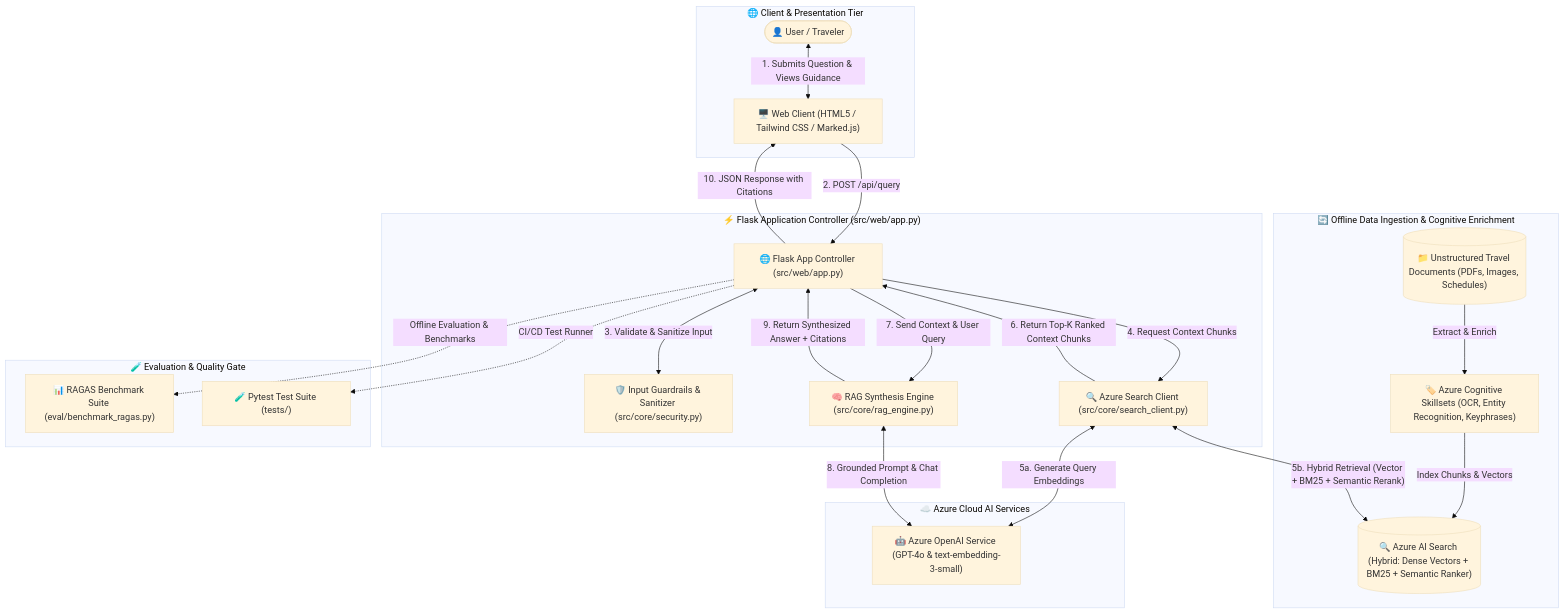
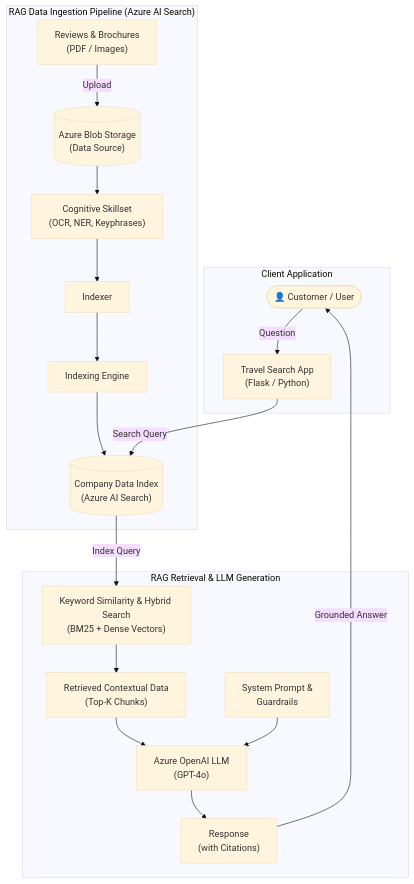
The diagram in README.md (valluri-anand/enterprise-travel-rag-assistant), drawn with Mermaid (base theme) before and after one commit.

Commit message:
docs: map architecture diagram 1:1 with slide architecture and RAG flow

````diff
--- a/README.md
+++ b/README.md
@@ -24,54 +24,44 @@
 ```mermaid
 flowchart TD
-    %% Offline Ingestion
-    subgraph Ingestion["🔄 Offline Data Ingestion & Cognitive Enrichment"]
-        Docs[("📁 Unstructured Travel Documents (PDFs, Images, Schedules)")]
-        Skillset["🏷️ Azure Cognitive Skillsets (OCR, Entity Recognition, Keyphrases)"]
-        Index[("🔍 Azure AI Search (Hybrid: Dense Vectors + BM25 + Semantic Ranker)")]
-
-        Docs -->|"Extract & Enrich"| Skillset
-        Skillset -->|"Index Chunks & Vectors"| Index
+    %% Left: Customer / User & Search App
+    subgraph ClientSection["Client Application"]
+        Customer(["👤 Customer / User"])
+        WebApp["Travel Search App\n(Flask / Python)"]
     end
 
-    %% Client & User
-    subgraph Client["🌐 Client & Presentation Tier"]
-        User(["👤 User / Traveler"])
-        UI["🖥️ Web Client (HTML5 / Tailwind CSS / Marked.js)"]
-        User <-->|"1. Submits Question & Views Guidance"| UI
+    %% Right: RAG Data Ingestion Pipeline
+    subgraph IngestionPipeline["RAG Data Ingestion Pipeline (Azure AI Search)"]
+        RawDocs["Reviews & Brochures\n(PDF / Images)"]
+        BlobStore[("Azure Blob Storage\n(Data Source)")]
+        Skillset["Cognitive Skillset\n(OCR, NER, Keyphrases)"]
+        Indexer["Indexer"]
+        IndexingEngine["Indexing Engine"]
+        CompanyData[("Company Data Index\n(Azure AI Search)")]
+
+        RawDocs -->|"Upload"| BlobStore
+        BlobStore --> Skillset
+        Skillset --> Indexer
+        Indexer --> IndexingEngine
+        IndexingEngine --> CompanyData
     end
 
-    %% Flask Application Tier
-    subgraph AppTier["⚡ Flask Application Controller (src/web/app.py)"]
-        Flask["🌐 Flask App Controller (src/web/app.py)"]
-        Guardrails["🛡️ Input Guardrails & Sanitizer (src/core/security.py)"]
-        SearchClient["🔍 Azure Search Client (src/core/search_client.py)"]
-        RAGEngine["🧠 RAG Synthesis Engine (src/core/rag_engine.py)"]
+    %% Bottom: Retrieval & LLM Generation Loop
+    subgraph RetrievalGeneration["RAG Retrieval & LLM Generation"]
+        Retrieval["Keyword Similarity & Hybrid Search\n(BM25 + Dense Vectors)"]
+        Context["Retrieved Contextual Data\n(Top-K Chunks)"]
+        Prompt["System Prompt &\nGuardrails"]
+        LLM["Azure OpenAI LLM\n(GPT-4o)"]
+        Response["Response\n(with Citations)"]
 
-        UI -->|"2. POST /api/query"| Flask
-        Flask <-->|"3. Validate & Sanitize Input"| Guardrails
-        Flask -->|"4. Request Context Chunks"| SearchClient
-        Flask -->|"7. Send Context & User Query"| RAGEngine
-        Flask -->|"10. JSON Response with Citations"| UI
+        CompanyData -->|"Index Query"| Retrieval
+        Retrieval --> Context
+        Context --> LLM
+        Prompt --> LLM
+        LLM --> Response
     end
 
-    %% Azure Cloud AI Infrastructure
-    subgraph CloudAI["☁️ Azure Cloud AI Services"]
-        AzureOpenAI["🤖 Azure OpenAI Service (GPT-4o & text-embedding-3-small)"]
-        
-        SearchClient <-->|"5a. Generate Query Embeddings"| AzureOpenAI
-        SearchClient <-->|"5b. Hybrid Retrieval (Vector + BM25 + Semantic Rerank)"| Index
-        SearchClient -->|"6. Return Top-K Ranked Context Chunks"| Flask
-
-        RAGEngine <-->|"8. Grounded Prompt & Chat Completion"| AzureOpenAI
-        RAGEngine -->|"9. Return Synthesized Answer + Citations"| Flask
-    end
-
-    %% Quality & Evaluation Tier
-    subgraph Quality["🧪 Evaluation & Quality Gate"]
-        RAGAS["📊 RAGAS Benchmark Suite (eval/benchmark_ragas.py)"]
-        Pytest["🧪 Pytest Test Suite (tests/)"]
-
-        Flask -.->|"Offline Evaluation & Benchmarks"| RAGAS
-        Flask -.->|"CI/CD Test Runner"| Pytest
-    end
+    %% Interactive Flow Connections
+    Customer -->|"Question"| WebApp
+    WebApp -->|"Search Query"| CompanyData
+    Response -->|"Grounded Answer"| Customer
 ```
````
